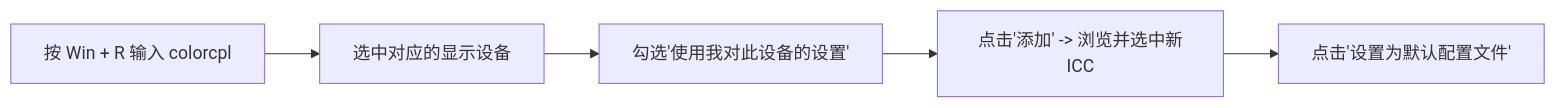
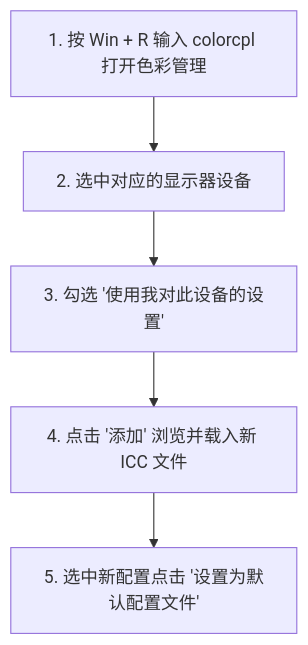
One commit to yudong2ao/yudong2ao.github.io changed the diagram in src/content/posts/icc-desc-changer.md. Above: the diagram before and after it, drawn with Mermaid. The commit also changed 4 other files, not shown here.

Commit message:
feat: 优化流程图排版与集成全屏交互式缩放灯箱

````diff
--- a/src/content/posts/icc-desc-changer.md
+++ b/src/content/posts/icc-desc-changer.md
@@ -87,7 +87,7 @@
 ```mermaid
-flowchart LR
-    A["按 Win + R 输入 colorcpl"] --> B["选中对应的显示设备"]
-    B --> C["勾选'使用我对此设备的设置'"]
-    C --> D["点击'添加' -> 浏览并选中新ICC"]
-    D --> E["点击'设置为默认配置文件'"]
+flowchart TD
+    A["1. 按 Win + R 输入 colorcpl 打开色彩管理"] --> B["2. 选中对应的显示器设备"]
+    B --> C["3. 勾选 '使用我对此设备的设置'"]
+    C --> D["4. 点击 '添加' 浏览并载入新 ICC 文件"]
+    D --> E["5. 选中新配置点击 '设置为默认配置文件'"]
 ```
````
